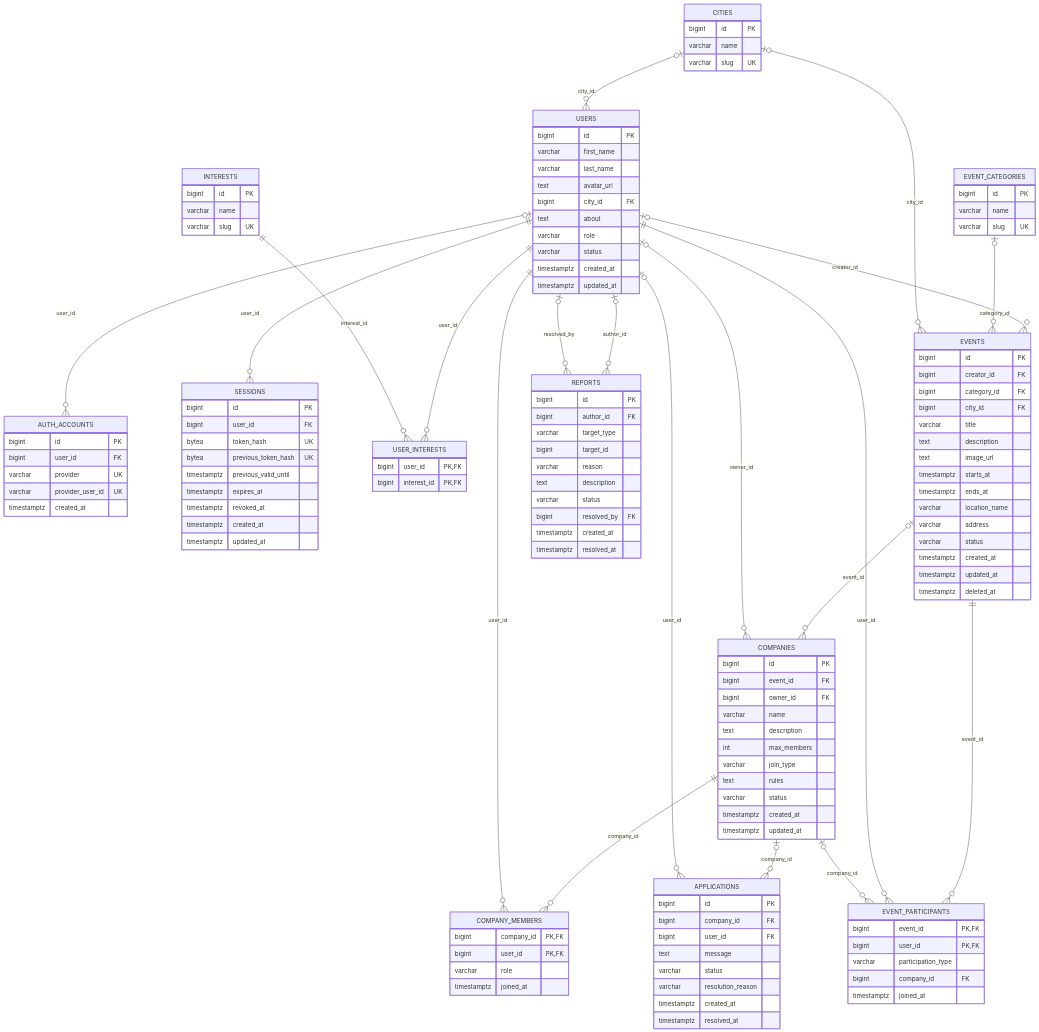
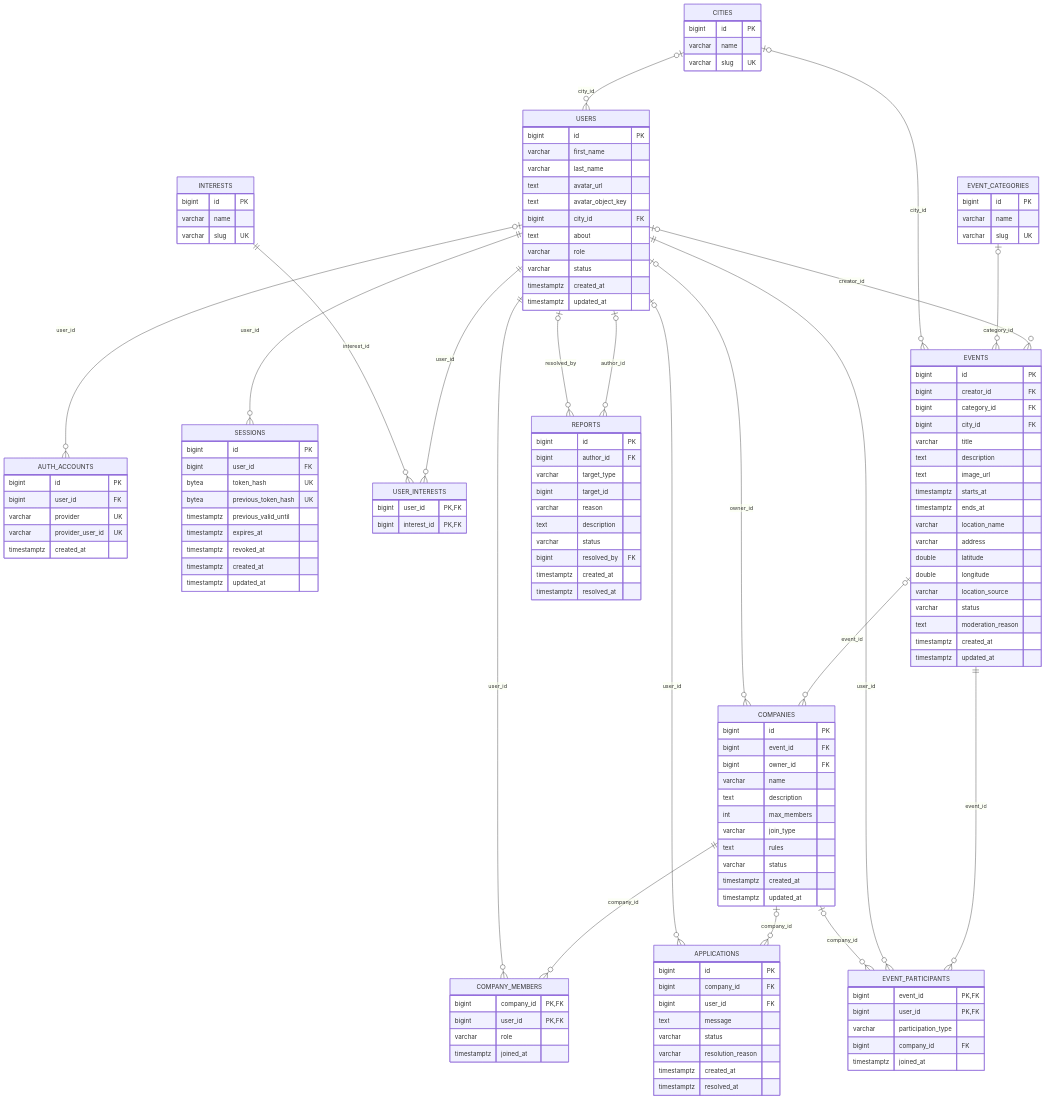
One commit to emount4/poidem-back changed the diagram in docs/database-erd.md. Above: the diagram before and after it, drawn with Mermaid. The commit also changed 62 other files, not shown here.

```diff
--- a/docs/database-erd.md
+++ b/docs/database-erd.md
@@ -36,6 +36,7 @@
         varchar first_name
         varchar last_name
         text avatar_url
+        text avatar_object_key
         bigint city_id FK
         text about
         varchar role
@@ -81,10 +82,13 @@
         timestamptz ends_at
         varchar location_name
         varchar address
+        double latitude
+        double longitude
+        varchar location_source
         varchar status
+        text moderation_reason
         timestamptz created_at
         timestamptz updated_at
-        timestamptz deleted_at
     }
 
     COMPANIES {
```
